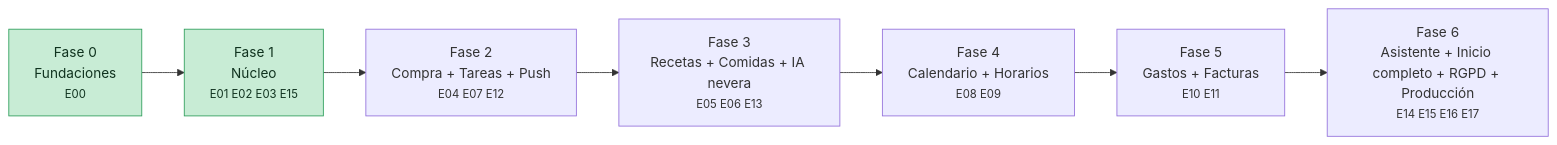
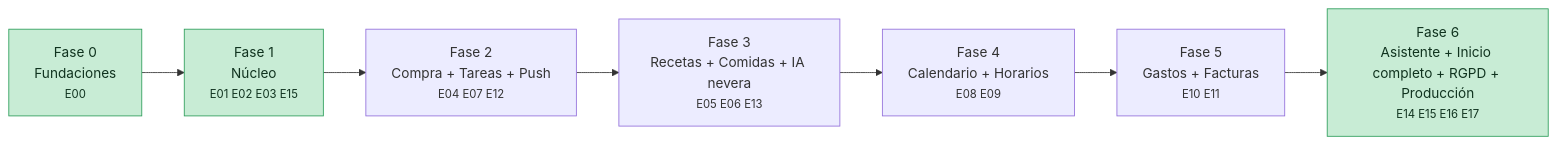
The first of 9 diagrams in BOARD.md (obaiges/hogaria), drawn with Mermaid before and after one commit. The commit also changed other lines of this file and 21 other files, not shown here.

````diff
--- a/BOARD.md
+++ b/BOARD.md
@@ -299,15 +299,15 @@
 ```mermaid
 flowchart LR
   F0["Fase 0<br/>Fundaciones<br/><small>E00</small>"]
   F1["Fase 1<br/>Núcleo<br/><small>E01 E02 E03 E15</small>"]
   F2["Fase 2<br/>Compra + Tareas + Push<br/><small>E04 E07 E12</small>"]
   F3["Fase 3<br/>Recetas + Comidas + IA nevera<br/><small>E05 E06 E13</small>"]
   F4["Fase 4<br/>Calendario + Horarios<br/><small>E08 E09</small>"]
   F5["Fase 5<br/>Gastos + Facturas<br/><small>E10 E11</small>"]
   F6["Fase 6<br/>Asistente + Inicio completo + RGPD + Producción<br/><small>E14 E15 E16 E17</small>"]
   F0 --> F1 --> F2 --> F3 --> F4 --> F5 --> F6
 %% progreso (generado por scripts/board-progress.mjs)
   classDef done fill:#2e9e5b,stroke:#1d6b3c,color:#ffffff
   classDef started fill:#c8ecd5,stroke:#2e9e5b,color:#10331f
-  class F0,F1 started
+  class F0,F1,F6 started
 ```
````
